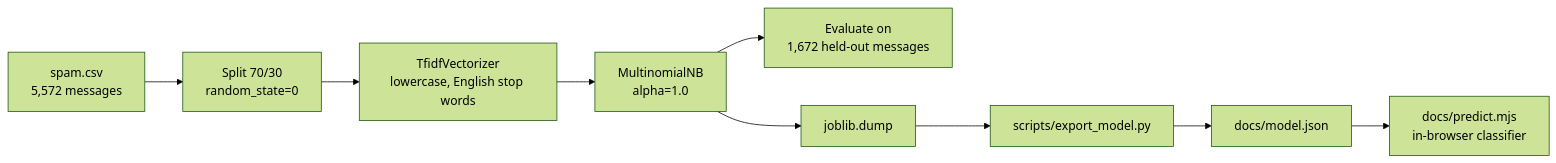
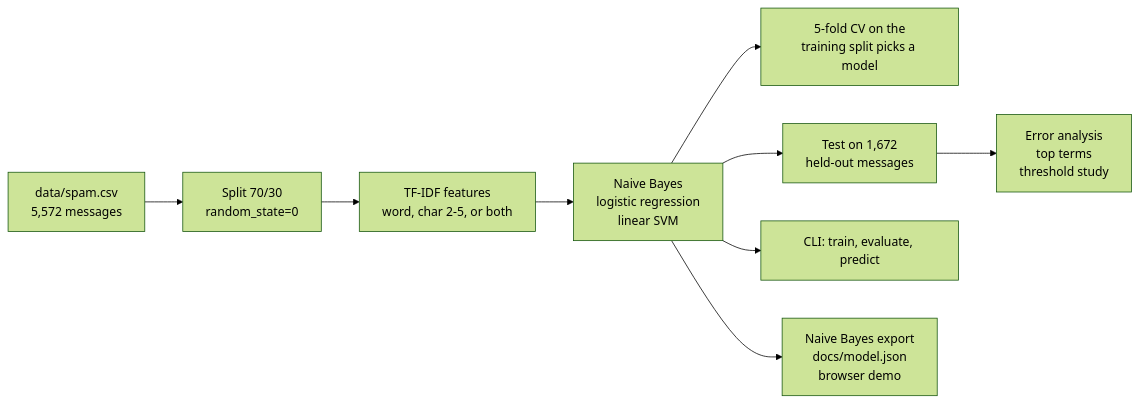
Before and after one commit to Janeferdinant/NLP: the diagram in README.md, drawn with Mermaid (forest theme). The commit also changed other lines of this file and 8 other files, not shown here.

````diff
--- a/README.md
+++ b/README.md
@@ -30,11 +37,11 @@
 ```mermaid
 flowchart LR
-    A[spam.csv<br/>5,572 messages] --> B[Split 70/30<br/>random_state=0]
-    B --> C[TfidfVectorizer<br/>lowercase, English stop words]
-    C --> D[MultinomialNB<br/>alpha=1.0]
-    D --> E[Evaluate on<br/>1,672 held-out messages]
-    D --> F[joblib.dump]
-    F --> G[scripts/export_model.py]
-    G --> H[docs/model.json]
-    H --> I[docs/predict.mjs<br/>in-browser classifier]
+    A[data/spam.csv<br/>5,572 messages] --> B[Split 70/30<br/>random_state=0]
+    B --> C[TF-IDF features<br/>word, char 2-5, or both]
+    C --> D[Naive Bayes<br/>logistic regression<br/>linear SVM]
+    D --> E[5-fold CV on the<br/>training split picks a model]
+    D --> F[Test on 1,672<br/>held-out messages]
+    F --> G[Error analysis<br/>top terms<br/>threshold study]
+    D --> H[CLI: train, evaluate, predict]
+    D --> I[Naive Bayes export<br/>docs/model.json<br/>browser demo]
 ```
````
